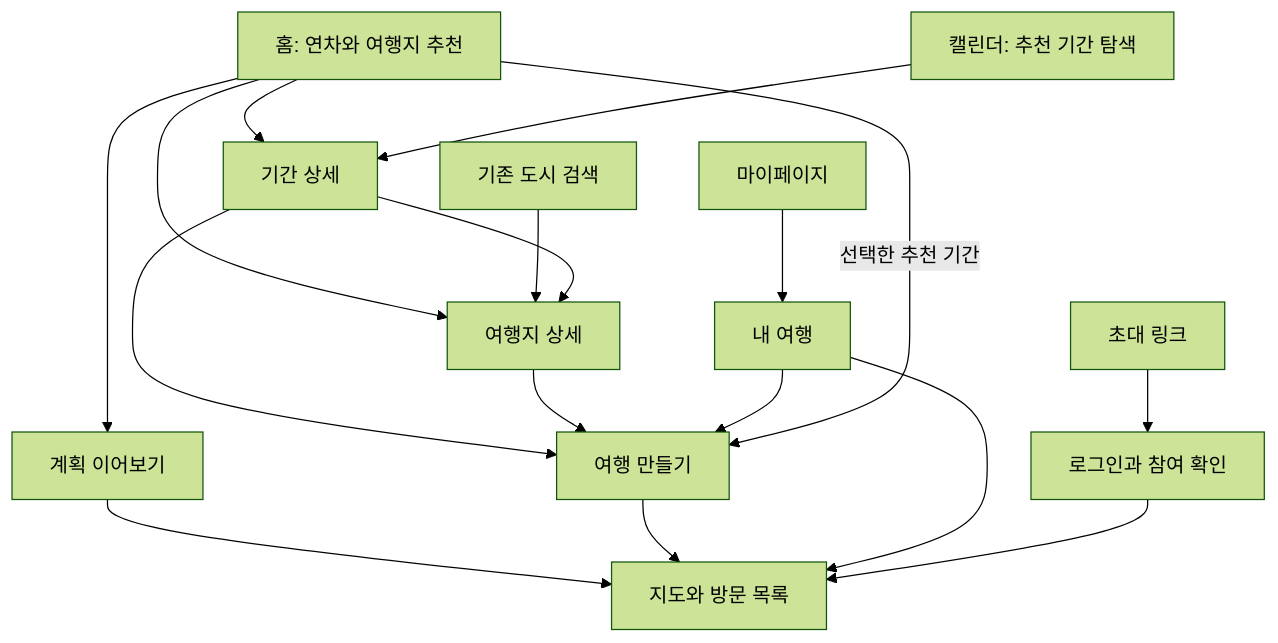
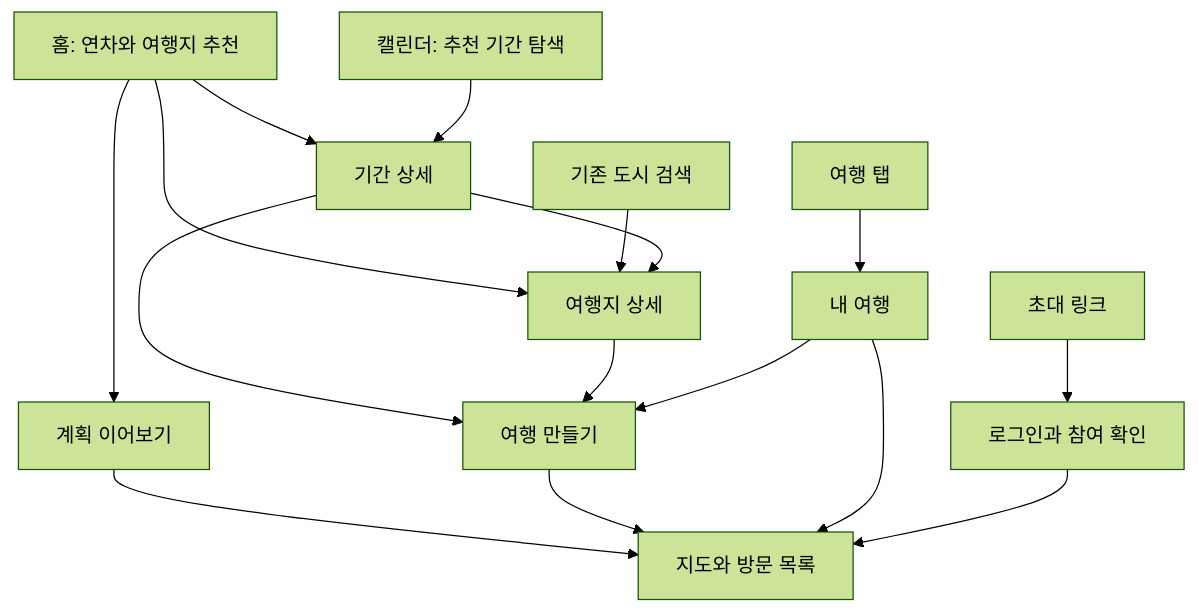
One commit to Team-Bigong/oguri-kotlin-multiplatform changed the diagram in guide/TRAVEL_PLANNER_SPEC.md. Above: the diagram before and after it, drawn with Mermaid (forest theme). The commit also changed other lines of this file and 1 other file, not shown here.

````diff
--- a/guide/TRAVEL_PLANNER_SPEC.md
+++ b/guide/TRAVEL_PLANNER_SPEC.md
@@ -94,19 +94,18 @@
 ```mermaid
 flowchart TD
     Home[홈: 연차와 여행지 추천] --> Period[기간 상세]
     Calendar[캘린더: 추천 기간 탐색] --> Period
     Home --> Destination[여행지 상세]
     Search[기존 도시 검색] --> Destination
     Period --> Destination
     Period --> Create[여행 만들기]
     Destination --> Create
-    MyPage[마이페이지] --> Trips[내 여행]
+    TravelTab[여행 탭] --> Trips[내 여행]
     Trips --> Create
-    Home -->|선택한 추천 기간| Create
     Home --> Resume[계획 이어보기]
     Resume --> Planner[지도와 방문 목록]
     Create --> Planner
     Trips --> Planner
     Invite[초대 링크] --> Join[로그인과 참여 확인]
     Join --> Planner
 ```
````
